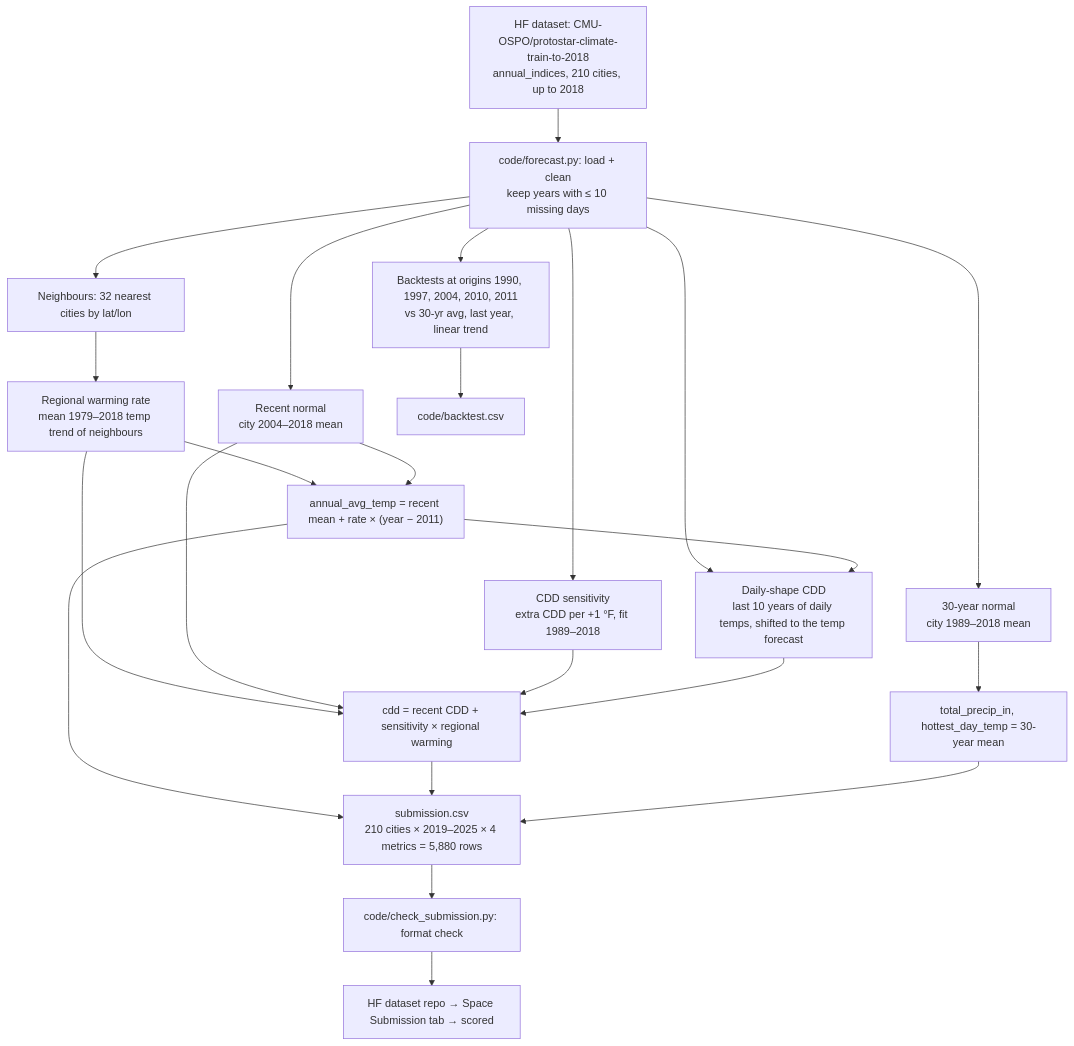
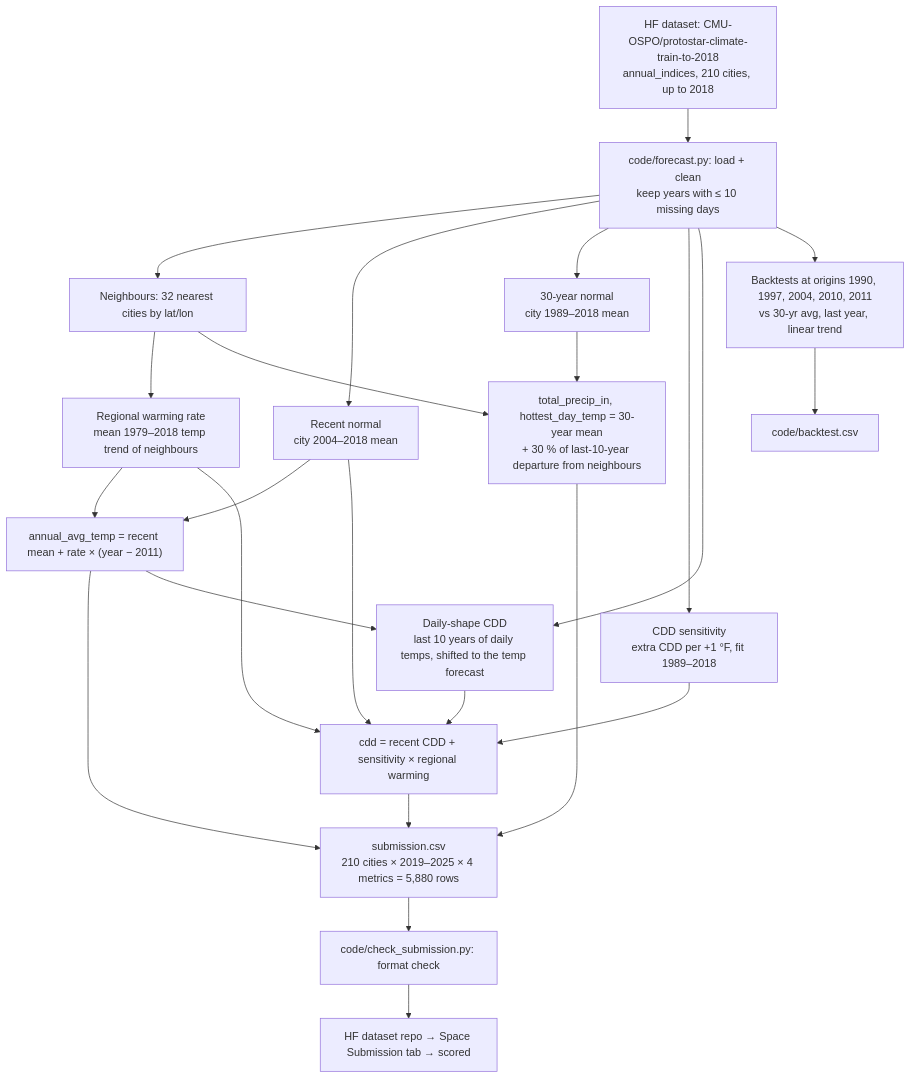
Before and after one commit to ironMan-blip/protostar-climate-team-tatakae: the diagram in README.md, drawn with Mermaid. The commit also changed other lines of this file and 6 other files, not shown here.

Commit message:
feat: add station-move nudge to rain and hottest-day forecasts and document model robustness

````diff
--- a/README.md
+++ b/README.md
@@ -35,25 +35,26 @@
 ```mermaid
 flowchart TD
     A["HF dataset: CMU-OSPO/protostar-climate-train-to-2018<br/>annual_indices, 210 cities, up to 2018"] --> B["code/forecast.py: load + clean<br/>keep years with ≤ 10 missing days"]
     B --> C["Neighbours: 32 nearest cities by lat/lon"]
     C --> D["Regional warming rate<br/>mean 1979–2018 temp trend of neighbours"]
     B --> E["Recent normal<br/>city 2004–2018 mean"]
     B --> F["30-year normal<br/>city 1989–2018 mean"]
     B --> G["CDD sensitivity<br/>extra CDD per +1 °F, fit 1989–2018"]
     D --> T["annual_avg_temp = recent mean + rate × (year − 2011)"]
     E --> T
     D --> K["cdd = recent CDD + sensitivity × regional warming"]
     E --> K
     G --> K
-    F --> P["total_precip_in, hottest_day_temp = 30-year mean"]
+    F --> P["total_precip_in, hottest_day_temp = 30-year mean<br/>+ 30 % of last-10-year departure from neighbours"]
+    C --> P
     T --> S["submission.csv<br/>210 cities × 2019–2025 × 4 metrics = 5,880 rows"]
     K --> S
     P --> S
     B --> DS["Daily-shape CDD<br/>last 10 years of daily temps, shifted to the temp forecast"]
     T --> DS
     DS --> K
     B --> BT["Backtests at origins 1990, 1997, 2004, 2010, 2011<br/>vs 30-yr avg, last year, linear trend"]
     BT --> BC["code/backtest.csv"]
     S --> CH["code/check_submission.py: format check"]
     CH --> HF["HF dataset repo → Space Submission tab → scored"]
 ```
````
